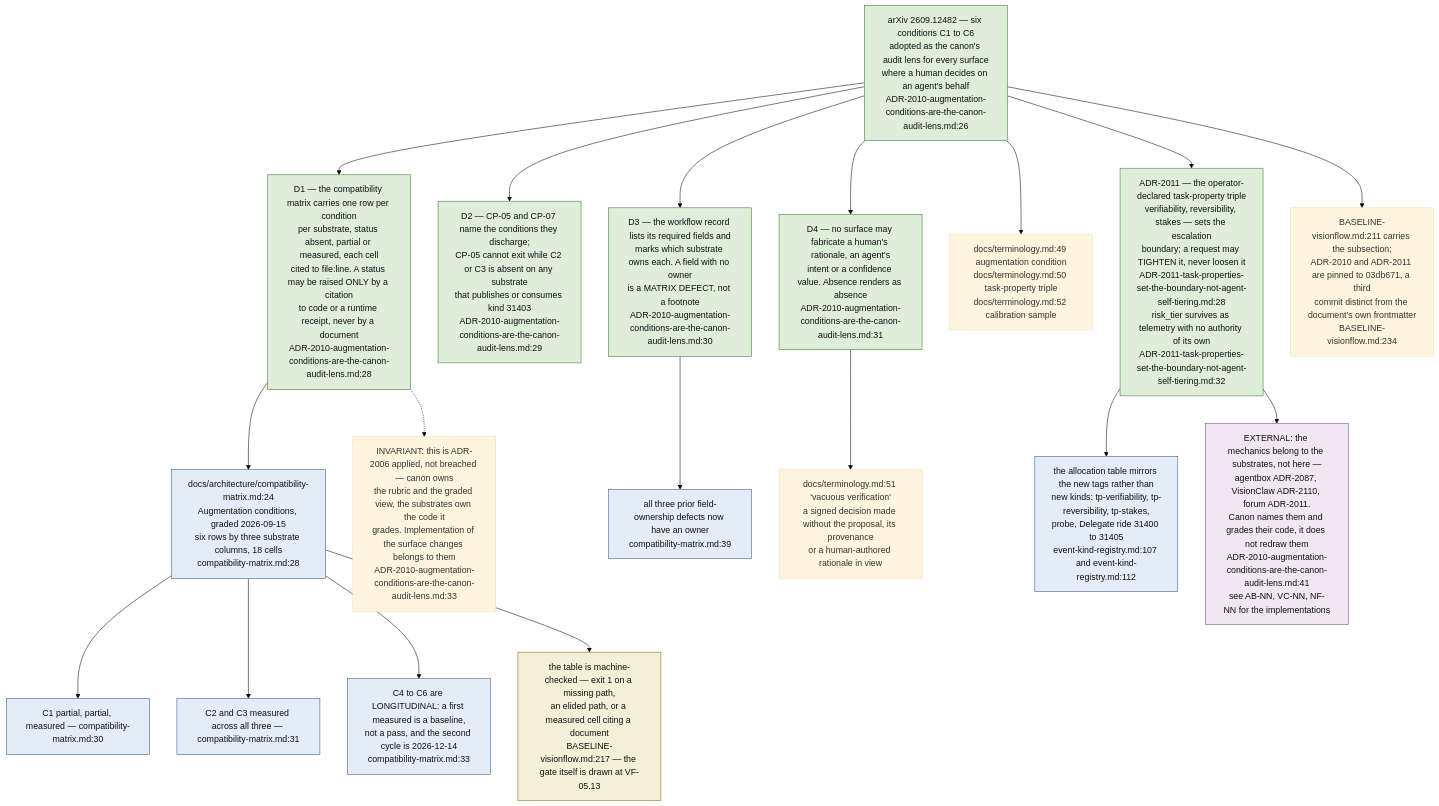
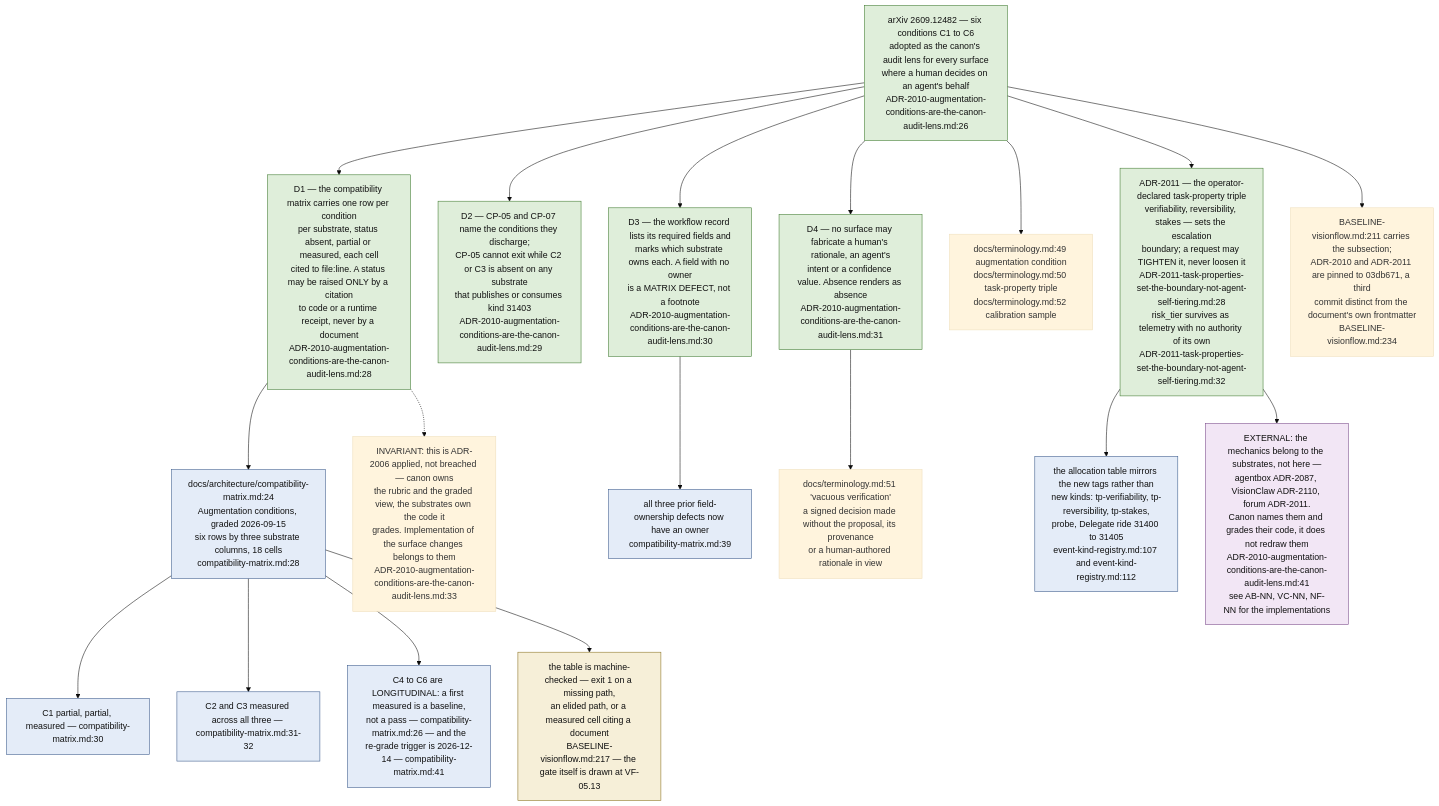
The ninth of 11 diagrams in docs/diagrams/visionflow/01-repo-composition-and-canon.md (DreamLab-AI/VisionFlow), drawn with Mermaid (base theme) before and after one commit. The commit also changed other lines of this file and 91 other files, not shown here.

````diff
--- a/docs/diagrams/visionflow/01-repo-composition-and-canon.md
+++ b/docs/diagrams/visionflow/01-repo-composition-and-canon.md
@@ -338,38 +356,38 @@
 ```mermaid
 flowchart TB
     classDef rec fill:#dfeeda,stroke:#3f7a2f,color:#111
     classDef tbl fill:#e4ecf8,stroke:#3a5a8a,color:#111
     classDef gate fill:#f6efd8,stroke:#8a7020,color:#111
     classDef ext fill:#f2e6f5,stroke:#7a4a8a,color:#111
 
     SRC["arXiv 2609.12482 — six conditions C1 to C6<br/>adopted as the canon's audit lens for every surface<br/>where a human decides on an agent's behalf<br/>ADR-2010-augmentation-conditions-are-the-canon-audit-lens.md:26"]:::rec
 
     SRC --> D1["D1 — the compatibility matrix carries one row per condition<br/>per substrate, status absent, partial or measured, each cell<br/>cited to file:line. A status may be raised ONLY by a citation<br/>to code or a runtime receipt, never by a document<br/>ADR-2010-augmentation-conditions-are-the-canon-audit-lens.md:28"]:::rec
     SRC --> D2["D2 — CP-05 and CP-07 name the conditions they discharge;<br/>CP-05 cannot exit while C2 or C3 is absent on any substrate<br/>that publishes or consumes kind 31403<br/>ADR-2010-augmentation-conditions-are-the-canon-audit-lens.md:29"]:::rec
     SRC --> D3["D3 — the workflow record lists its required fields and<br/>marks which substrate owns each. A field with no owner<br/>is a MATRIX DEFECT, not a footnote<br/>ADR-2010-augmentation-conditions-are-the-canon-audit-lens.md:30"]:::rec
     SRC --> D4["D4 — no surface may fabricate a human's rationale, an agent's<br/>intent or a confidence value. Absence renders as absence<br/>ADR-2010-augmentation-conditions-are-the-canon-audit-lens.md:31"]:::rec
 
     D1 --> TBL["docs/architecture/compatibility-matrix.md:24<br/>Augmentation conditions, graded 2026-09-15<br/>six rows by three substrate columns, 18 cells<br/>compatibility-matrix.md:28"]:::tbl
     TBL --> R1["C1 partial, partial, measured — compatibility-matrix.md:30"]:::tbl
-    TBL --> R2["C2 and C3 measured across all three — compatibility-matrix.md:31"]:::tbl
-    TBL --> R3["C4 to C6 are LONGITUDINAL: a first measured is a baseline,<br/>not a pass, and the second cycle is 2026-12-14<br/>compatibility-matrix.md:33"]:::tbl
+    TBL --> R2["C2 and C3 measured across all three — compatibility-matrix.md:31-32"]:::tbl
+    TBL --> R3["C4 to C6 are LONGITUDINAL: a first measured is a baseline,<br/>not a pass — compatibility-matrix.md:26 — and the<br/>re-grade trigger is 2026-12-14 — compatibility-matrix.md:41"]:::tbl
     D3 --> OWN["all three prior field-ownership defects now have an owner<br/>compatibility-matrix.md:39"]:::tbl
 
     TBL --> GATE["the table is machine-checked — exit 1 on a missing path,<br/>an elided path, or a measured cell citing a document<br/>BASELINE-visionflow.md:217 — the gate itself is drawn at VF-05.13"]:::gate
 
     D4 --> VOCAB["docs/terminology.md:51 'vacuous verification'<br/>a signed decision made without the proposal, its provenance<br/>or a human-authored rationale in view"]
     SRC --> VOCAB2["docs/terminology.md:49 augmentation condition<br/>docs/terminology.md:50 task-property triple<br/>docs/terminology.md:52 calibration sample"]
 
     TIER["ADR-2011 — the operator-declared task-property triple<br/>verifiability, reversibility, stakes — sets the escalation<br/>boundary; a request may TIGHTEN it, never loosen it<br/>ADR-2011-task-properties-set-the-boundary-not-agent-self-tiering.md:28<br/>risk_tier survives as telemetry with no authority of its own<br/>ADR-2011-task-properties-set-the-boundary-not-agent-self-tiering.md:32"]:::rec
     SRC --> TIER
     TIER --> KINDS["the allocation table mirrors the new tags rather than<br/>new kinds: tp-verifiability, tp-reversibility, tp-stakes,<br/>probe, Delegate ride 31400 to 31405<br/>event-kind-registry.md:107 and event-kind-registry.md:112"]:::tbl
 
     BASE["BASELINE-visionflow.md:211 carries the subsection;<br/>ADR-2010 and ADR-2011 are pinned to 03db671, a third<br/>commit distinct from the document's own frontmatter<br/>BASELINE-visionflow.md:234"]
     SRC --> BASE
 
     SIB["EXTERNAL: the mechanics belong to the substrates, not here —<br/>agentbox ADR-2087, VisionClaw ADR-2110, forum ADR-2011.<br/>Canon names them and grades their code, it does not redraw them<br/>ADR-2010-augmentation-conditions-are-the-canon-audit-lens.md:41<br/>see AB-NN, VC-NN, NF-NN for the implementations"]:::ext
     TIER --> SIB
 
     SCOPE["INVARIANT: this is ADR-2006 applied, not breached — canon owns<br/>the rubric and the graded view, the substrates own the code it<br/>grades. Implementation of the surface changes belongs to them<br/>ADR-2010-augmentation-conditions-are-the-canon-audit-lens.md:33"]
     D1 -.-> SCOPE
 ```
````
